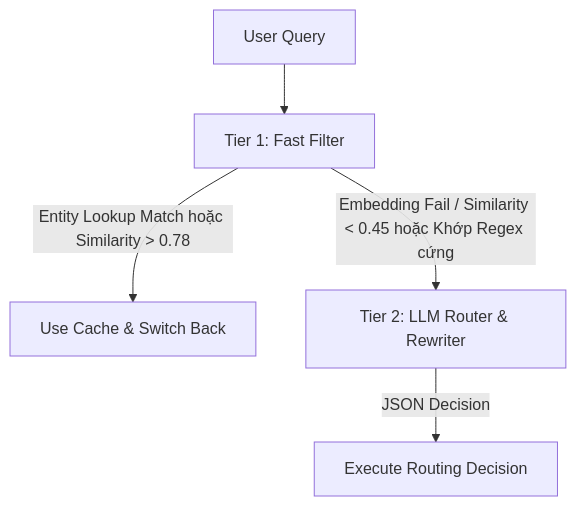
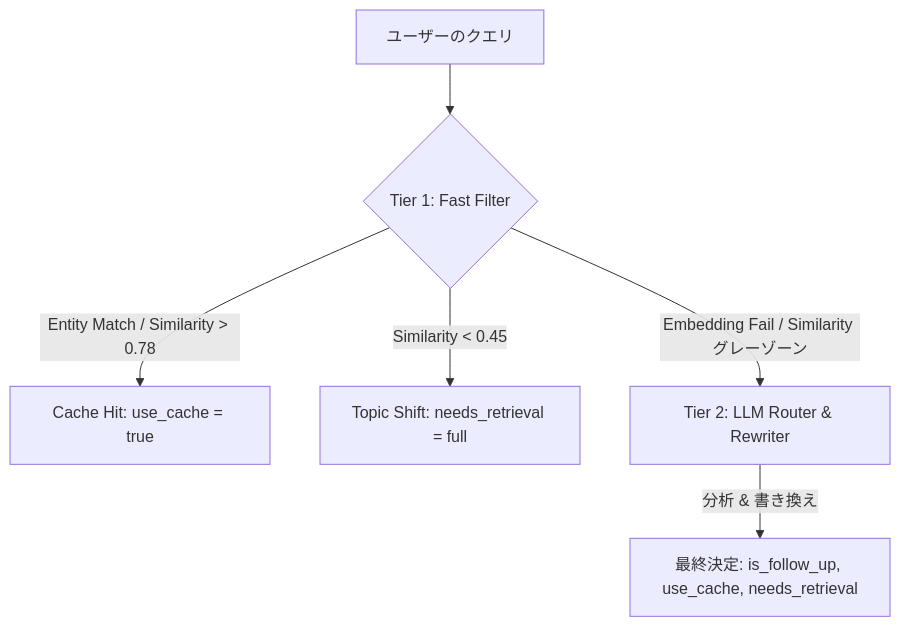
One commit to TCTri205/Tro-li-ao-Javis changed the diagram in multi-turn-context-manager/docs/context_management_rules.md. Above: the diagram before and after it, drawn with Mermaid. The commit also changed other lines of this file and 21 other files, not shown here.

````diff
--- a/multi-turn-context-manager/docs/context_management_rules.md
+++ b/multi-turn-context-manager/docs/context_management_rules.md
@@ -12,7 +7,9 @@
 ```mermaid
 graph TD
-    Query[User Query] --> Tier1[Tier 1: Fast Filter]
-    Tier1 -->|Entity Lookup Match hoặc Similarity > 0.78| Reuse[Use Cache & Switch Back]
-    Tier1 -->|Embedding Fail / Similarity < 0.45 hoặc Khớp Regex cứng| Tier2[Tier 2: LLM Router & Rewriter]
-    Tier2 -->|JSON Decision| Action[Execute Routing Decision]
+    Query[ユーザーのクエリ] --> Tier1{Tier 1: Fast Filter}
+    Tier1 -->|Entity Match / Similarity > 0.78| CacheHit[Cache Hit: use_cache = true]
+    Tier1 -->|Similarity < 0.45| TopicShift[Topic Shift: needs_retrieval = full]
+    Tier1 -->|Embedding Fail / Similarity グレーゾーン| Tier2[Tier 2: LLM Router & Rewriter]
+    
+    Tier2 -->|分析 & 書き換え| Decision[最終決定: is_follow_up, use_cache, needs_retrieval]
 ```
````
